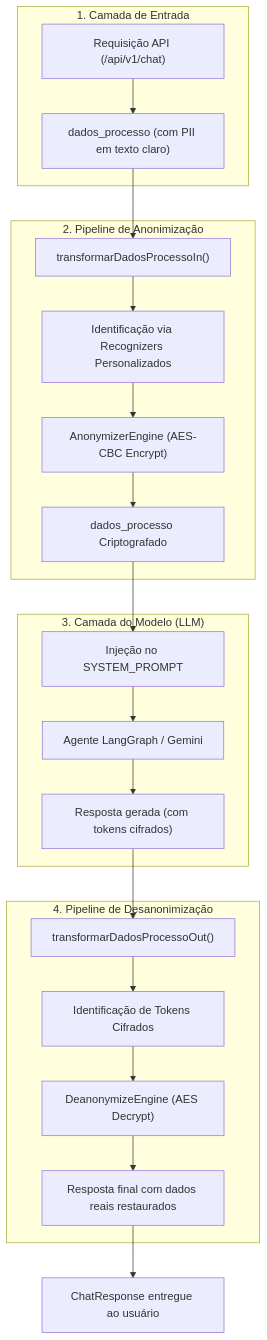
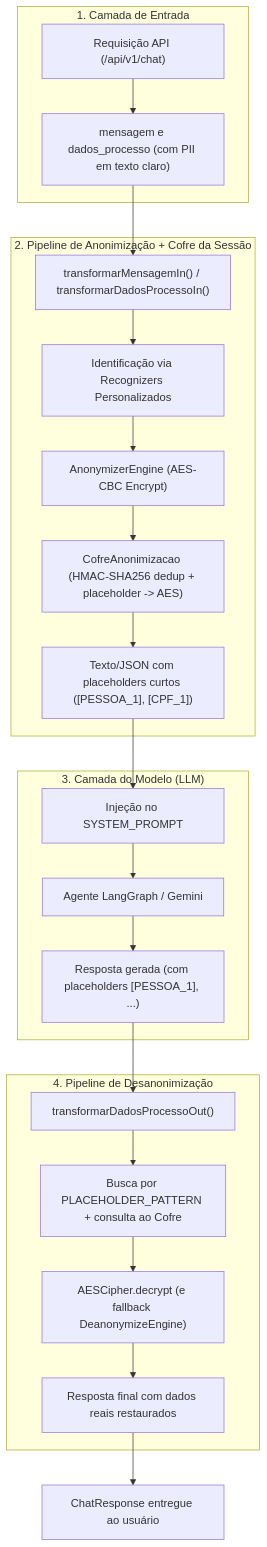
The diagram in docs/ANONIMIZACAO.md (Projeto-de-Extensao-GP-06/Agent-Backend), drawn with Mermaid before and after one commit. The commit also changed other lines of this file, not shown here.

First line of the commit message:
docs(anonymizer): document session placeholder vault

````diff
--- a/docs/ANONIMIZACAO.md
+++ b/docs/ANONIMIZACAO.md
@@ -19,28 +19,29 @@
 ```mermaid
 flowchart TD
     subgraph Cliente["1. Camada de Entrada"]
-        Req["Requisição API (/api/v1/chat)"] --> Dados["dados_processo (com PII em texto claro)"]
+        Req["Requisição API (/api/v1/chat)"] --> Dados["mensagem e dados_processo (com PII em texto claro)"]
     end
 
-    subgraph Anonimizacao["2. Pipeline de Anonimização"]
-        Dados --> In["transformarDadosProcessoIn()"]
+    subgraph Anonimizacao["2. Pipeline de Anonimização + Cofre da Sessão"]
+        Dados --> In["transformarMensagemIn() / transformarDadosProcessoIn()"]
         In --> Rec["Identificação via Recognizers Personalizados"]
         Rec --> Enc["AnonymizerEngine (AES-CBC Encrypt)"]
-        Enc --> DadosAnon["dados_processo Criptografado"]
+        Enc --> Vault["CofreAnonimizacao (HMAC-SHA256 dedup + placeholder -> AES)"]
+        Vault --> DadosAnon["Texto/JSON com placeholders curtos ([PESSOA_1], [CPF_1])"]
     end
 
     subgraph Agente["3. Camada do Modelo (LLM)"]
         DadosAnon --> Prompt["Injeção no SYSTEM_PROMPT"]
         Prompt --> LLM["Agente LangGraph / Gemini"]
-        LLM --> RespCifrada["Resposta gerada (com tokens cifrados)"]
+        LLM --> RespMask["Resposta gerada (com placeholders [PESSOA_1], ...)"]
     end
 
     subgraph Desanonimizacao["4. Pipeline de Desanonimização"]
-        RespCifrada --> Out["transformarDadosProcessoOut()"]
-        Out --> TokenFinder["Identificação de Tokens Cifrados"]
-        TokenFinder --> Dec["DeanonymizeEngine (AES Decrypt)"]
+        RespMask --> Out["transformarDadosProcessoOut()"]
+        Out --> PlaceholderFinder["Busca por PLACEHOLDER_PATTERN + consulta ao Cofre"]
+        PlaceholderFinder --> Dec["AESCipher.decrypt (e fallback DeanonymizeEngine)"]
         Dec --> RespClara["Resposta final com dados reais restaurados"]
     end
 
     RespClara --> Final["ChatResponse entregue ao usuário"]
 ```
````
